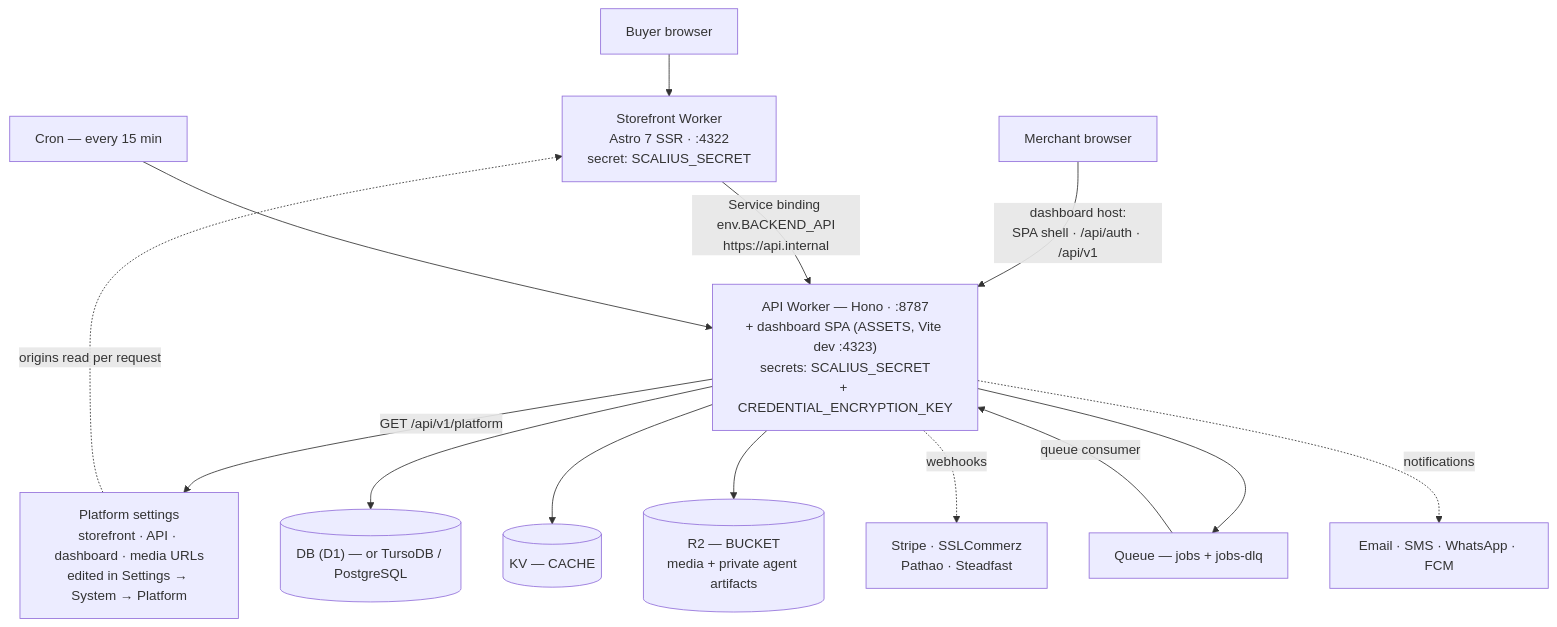
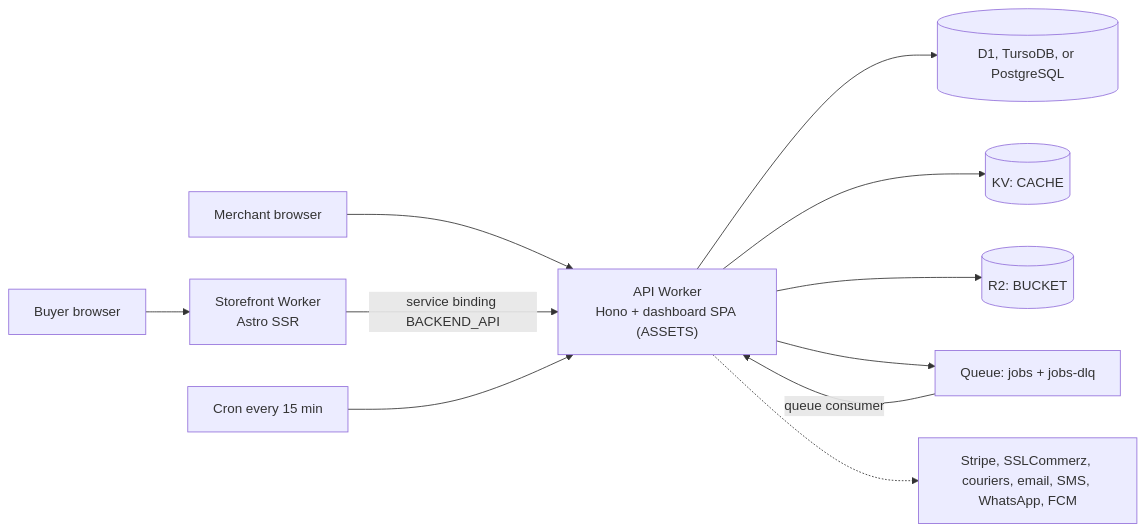
One commit to scaliuslabs/scalius-commerce-lite changed the diagram in README.md. Above: the diagram before and after it, drawn with Mermaid. The commit also changed other lines of this file, not shown here.

First line of the commit message:
docs: rewrite README against current scripts, bindings and Platform settings

````diff
--- a/README.md
+++ b/README.md
@@ -82,22 +47,13 @@
 ```mermaid
-flowchart TB
-    Buyer["Buyer browser"] --> SF["Storefront Worker<br/>Astro 7 SSR · :4322<br/>secret: SCALIUS_SECRET"]
-    Merchant["Merchant browser"] -->|"dashboard host:<br/>SPA shell · /api/auth · /api/v1"| API
-
-    SF -->|"Service binding env.BACKEND_API<br/>https://api.internal"| API
-
-    API["API Worker — Hono · :8787<br/>+ dashboard SPA (ASSETS, Vite dev :4323)<br/>secrets: SCALIUS_SECRET<br/>+ CREDENTIAL_ENCRYPTION_KEY"]
-
-    API -->|"GET /api/v1/platform"| PLAT["Platform settings<br/>storefront · API · dashboard · media URLs<br/>edited in Settings → System → Platform"]
-    PLAT -. "origins read per request" .-> SF
-
-    API --> DB[("DB (D1) — or TursoDB / PostgreSQL")]
-    API --> KV[("KV — CACHE")]
-    API --> R2[("R2 — BUCKET<br/>media + private agent artifacts")]
-    API --> Q["Queue — jobs + jobs-dlq"]
+flowchart LR
+    Buyer["Buyer browser"] --> SF["Storefront Worker<br/>Astro SSR"]
+    Merchant["Merchant browser"] --> API
+    SF -->|"service binding BACKEND_API"| API["API Worker<br/>Hono + dashboard SPA (ASSETS)"]
+    API --> DB[("D1, TursoDB, or PostgreSQL")]
+    API --> KV[("KV: CACHE")]
+    API --> R2[("R2: BUCKET")]
+    API --> Q["Queue: jobs + jobs-dlq"]
     Q -->|"queue consumer"| API
-    CRON["Cron — every 15 min"] --> API
-
-    API -.->|"webhooks"| EXT["Stripe · SSLCommerz<br/>Pathao · Steadfast"]
-    API -.->|"notifications"| NOTIF["Email · SMS · WhatsApp · FCM"]
+    CRON["Cron every 15 min"] --> API
+    API -.-> EXT["Stripe, SSLCommerz, couriers, email, SMS, WhatsApp, FCM"]
 ```
````
